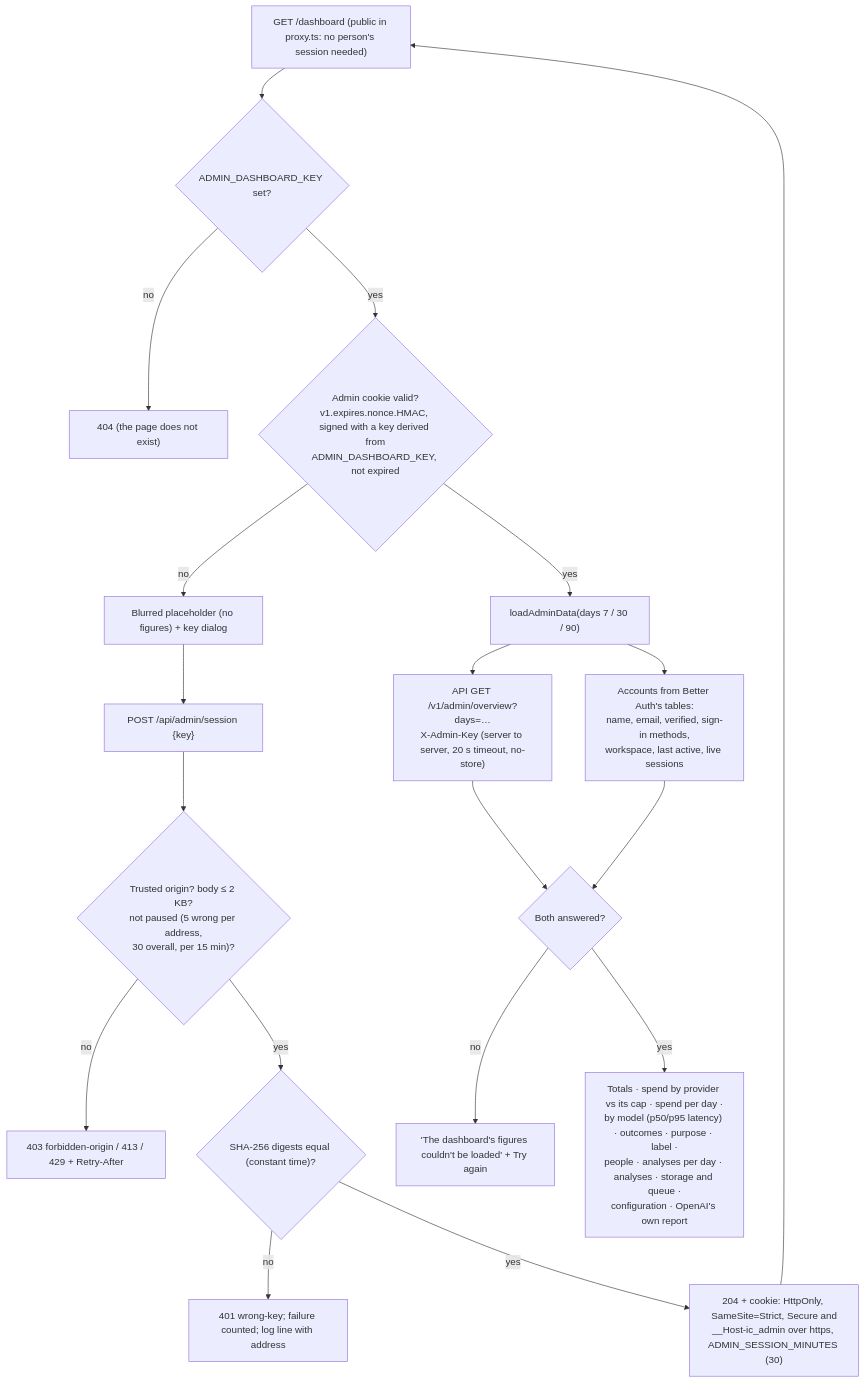
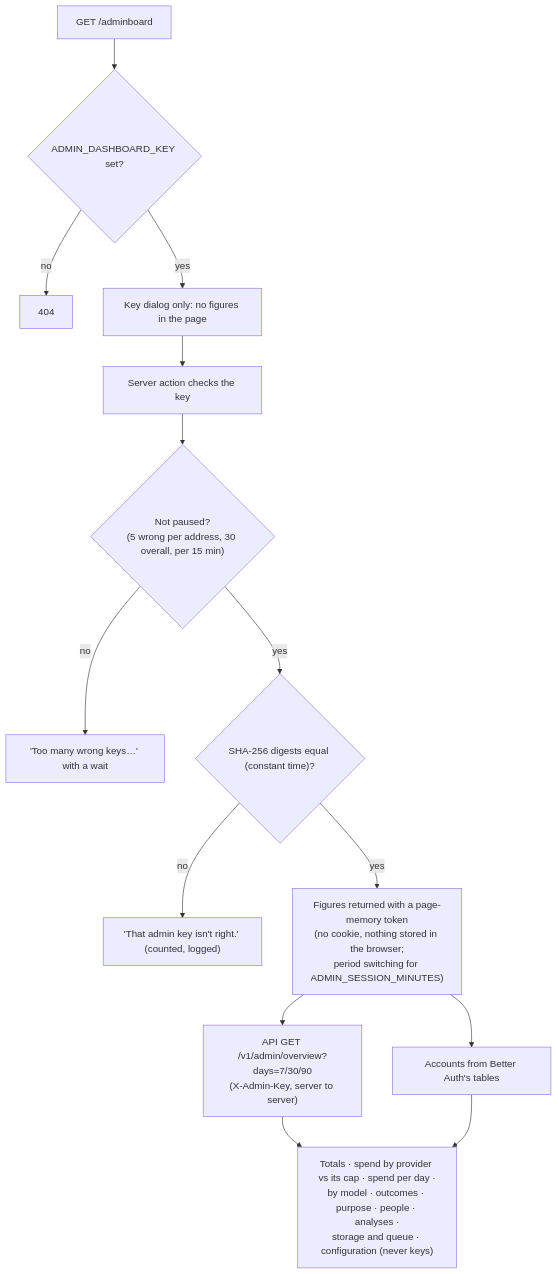
Before and after one commit to rupeshghimire7/InsightfullCell: the seventh of 32 diagrams in reports/explained_system_flow.md, drawn with Mermaid. The commit also changed other lines of this file and 134 other files, not shown here.

````diff
--- a/reports/explained_system_flow.md
+++ b/reports/explained_system_flow.md
@@ -279,21 +283,16 @@
 ```mermaid
 flowchart TD
-    A["GET /dashboard (public in proxy.ts: no person's session needed)"] --> K{"ADMIN_DASHBOARD_KEY set?"}
-    K -- no --> NF["404 (the page does not exist)"]
-    K -- yes --> C{"Admin cookie valid?<br/>v1.expires.nonce.HMAC, signed with a key derived from<br/>ADMIN_DASHBOARD_KEY, not expired"}
-    C -- no --> L["Blurred placeholder (no figures) + key dialog"]
-    L --> P["POST /api/admin/session {key}"]
-    P --> O{"Trusted origin? body ≤ 2 KB?<br/>not paused (5 wrong per address,<br/>30 overall, per 15 min)?"}
-    O -- no --> E["403 forbidden-origin / 413 / 429 + Retry-After"]
+    A["GET /adminboard"] --> K{"ADMIN_DASHBOARD_KEY set?"}
+    K -- no --> NF["404"]
+    K -- yes --> L["Key dialog only: no figures in the page"]
+    L --> P["Server action checks the key"]
+    P --> O{"Not paused?<br/>(5 wrong per address, 30 overall, per 15 min)"}
+    O -- no --> E["'Too many wrong keys…' with a wait"]
     O -- yes --> M{"SHA-256 digests equal (constant time)?"}
-    M -- no --> W["401 wrong-key; failure counted; log line with address"]
-    M -- yes --> S["204 + cookie: HttpOnly, SameSite=Strict, Secure and<br/>__Host-ic_admin over https, ADMIN_SESSION_MINUTES (30)"]
-    S --> A
-    C -- yes --> D["loadAdminData(days 7 / 30 / 90)"]
-    D --> AO["API GET /v1/admin/overview?days=…<br/>X-Admin-Key (server to server, 20 s timeout, no-store)"]
-    D --> AC["Accounts from Better Auth's tables:<br/>name, email, verified, sign-in methods,<br/>workspace, last active, live sessions"]
-    AO --> R{"Both answered?"}
-    AC --> R
-    R -- no --> U["'The dashboard's figures couldn't be loaded' + Try again"]
-    R -- yes --> V["Totals · spend by provider vs its cap · spend per day ·<br/>by model (p50/p95 latency) · outcomes · purpose · label ·<br/>people · analyses per day · analyses · storage and queue ·<br/>configuration · OpenAI's own report"]
+    M -- no --> W["'That admin key isn't right.' (counted, logged)"]
+    M -- yes --> D["Figures returned with a page-memory token<br/>(no cookie, nothing stored in the browser;<br/>period switching for ADMIN_SESSION_MINUTES)"]
+    D --> AO["API GET /v1/admin/overview?days=7/30/90<br/>(X-Admin-Key, server to server)"]
+    D --> AC["Accounts from Better Auth's tables"]
+    AO --> V["Totals · spend by provider vs its cap · spend per day ·<br/>by model · outcomes · purpose · people · analyses ·<br/>storage and queue · configuration (never keys)"]
+    AC --> V
 ```
````
